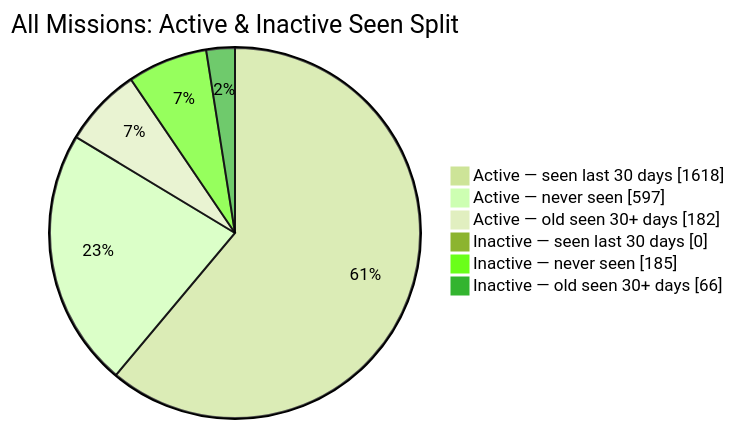
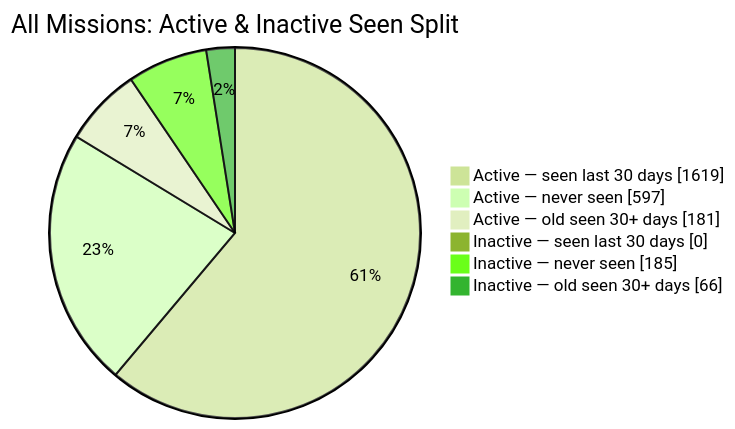
One commit to MeldkamerspelGameTeam/active-missions changed the second of 2 diagrams in README.md. Above: the diagram before and after it, drawn with Mermaid (forest theme). The commit also changed other lines of this file and 2 other files, not shown here.

````diff
--- a/README.md
+++ b/README.md
@@ -44,10 +44,10 @@
 ```mermaid
 pie showData
     title All Missions: Active & Inactive Seen Split
-    "Active — seen last 30 days" : 1618
+    "Active — seen last 30 days" : 1619
     "Active — never seen" : 597
-    "Active — old seen 30+ days" : 182
+    "Active — old seen 30+ days" : 181
     "Inactive — seen last 30 days" : 0
     "Inactive — never seen" : 185
     "Inactive — old seen 30+ days" : 66
 ```
````
